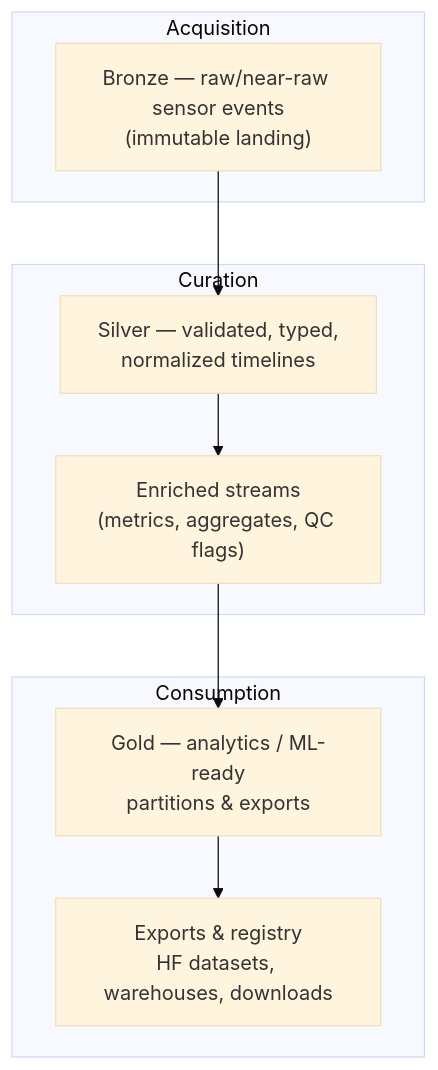
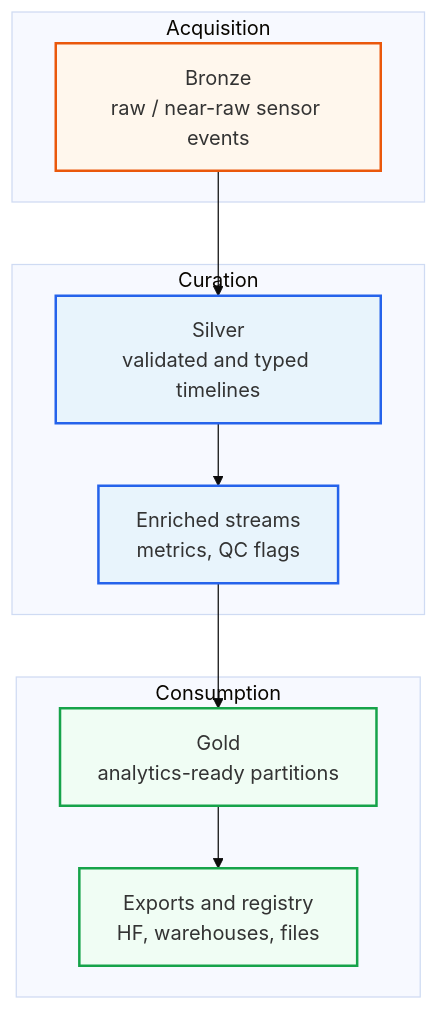
The diagram in thesis/figures/architecture/04-medallion-data-lake.mmd (maulerrr/flowmatic), drawn with Mermaid (base theme) before and after one commit. The commit also changed 85 other files, not shown here.

```diff
--- a/thesis/figures/architecture/04-medallion-data-lake.mmd
+++ b/thesis/figures/architecture/04-medallion-data-lake.mmd
@@ -1,17 +1,27 @@
-%% Medallion layout as exposed in Smart City lake stage UI. Render: mmdc -i 04-medallion-data-lake.mmd -o 04-medallion-data-lake.png
+%% Medallion data lake layout. Render: scripts/render-thesis-figures.ps1
 flowchart TB
   subgraph ingest["Acquisition"]
-    RAW["Bronze — raw/near-raw sensor events\n(immutable landing)"]
+    RAW["Bronze<br/>raw / near-raw sensor events"]
   end
 
   subgraph process["Curation"]
-    SIL["Silver — validated, typed,\nnormalized timelines"]
-    FEAT["Enriched streams\n(metrics, aggregates, QC flags)"]
+    SIL["Silver<br/>validated and typed timelines"]
+    FEAT["Enriched streams<br/>metrics, QC flags"]
   end
 
   subgraph serve["Consumption"]
-    GOLD["Gold — analytics / ML-ready\npartitions & exports"]
-    EXP["Exports & registry\nHF datasets, warehouses, downloads"]
+    GOLD["Gold<br/>analytics-ready partitions"]
+    EXP["Exports and registry<br/>HF, warehouses, files"]
   end
 
-  RAW --> SIL --> FEAT --> GOLD --> EXP
+  RAW --> SIL
+  SIL --> FEAT
+  FEAT --> GOLD
+  GOLD --> EXP
+
+  classDef bronze fill:#FFF7ED,stroke:#EA580C,stroke-width:2px
+  classDef silver fill:#E8F4FC,stroke:#2563EB,stroke-width:2px
+  classDef gold fill:#F0FDF4,stroke:#16A34A,stroke-width:2px
+  class RAW bronze
+  class SIL,FEAT silver
+  class GOLD,EXP gold
```
